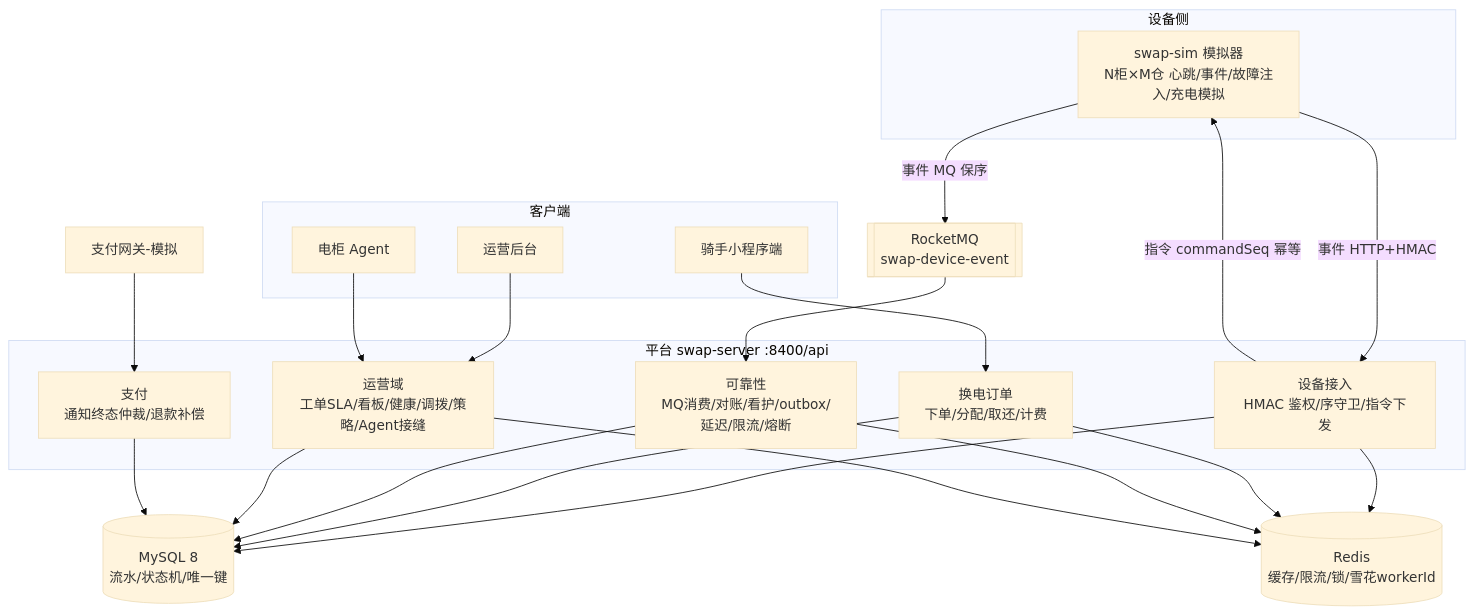
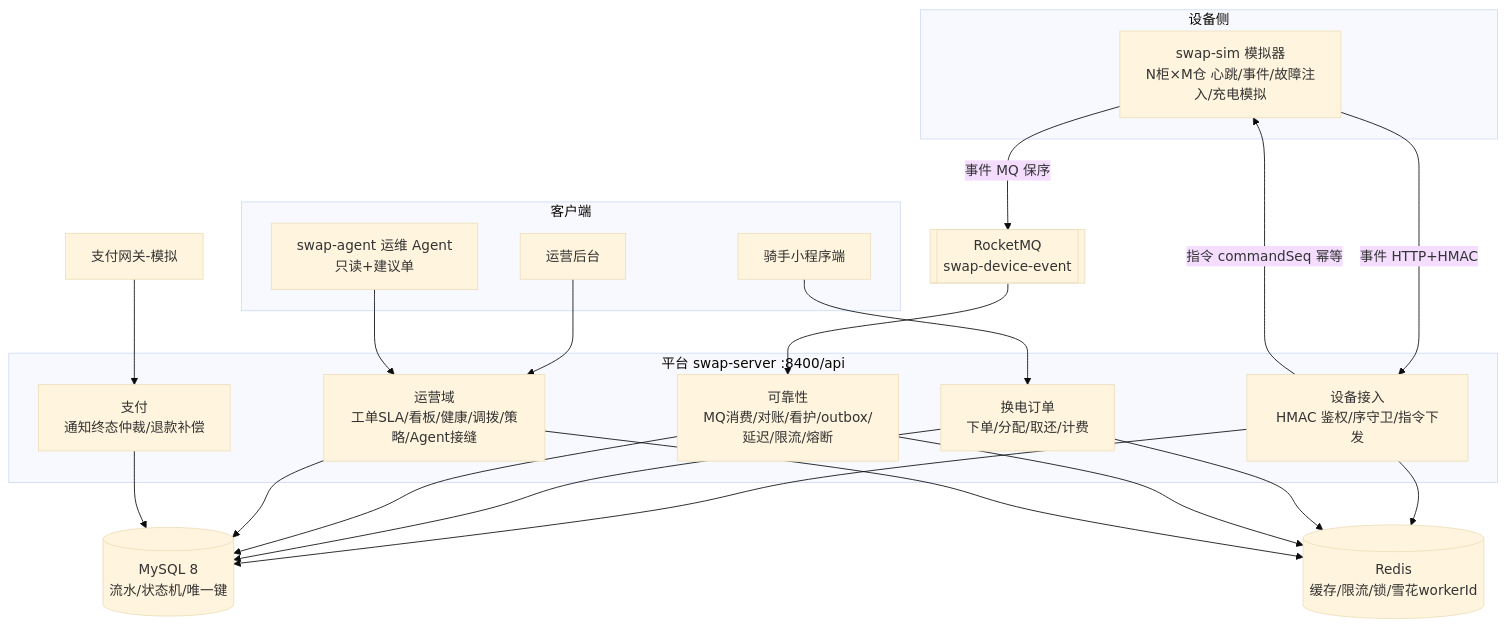
One commit to WhereLee/battery-swap-ops changed the diagram in document/knowledge/architecture.md. Above: the diagram before and after it, drawn with Mermaid (base theme). The commit also changed other lines of this file and 31 other files, not shown here.

Commit message:
feat: S6 运维 Agent 最小版（批次27）：swap-agent 零依赖外部消费者（规则引擎 14 类映射/克制原则 + 评测集 20 题）+ _c31 31/31（建议单幂等→人工确认→工单+审计；反向断言杀 Agent 平台无恙）+ 四模块 CI 覆盖率摘要 + 文档回填；全量 436/436、SpotBugs=0、agent 覆盖率 86.2%

````diff
--- a/document/knowledge/architecture.md
+++ b/document/knowledge/architecture.md
@@ -8,28 +8,28 @@
 ```mermaid
 flowchart TB
     subgraph 客户端
         USER[骑手小程序端]
         ADMIN[运营后台]
-        AGENT[电柜 Agent]
+        AGENT[swap-agent 运维 Agent<br/>只读+建议单]
     end
     subgraph 设备侧
         SIM[swap-sim 模拟器<br/>N柜×M仓 心跳/事件/故障注入/充电模拟]
     end
     subgraph 平台 swap-server :8400/api
         DVC[设备接入<br/>HMAC 鉴权/序守卫/指令下发]
         ORD[换电订单<br/>下单/分配/取还/计费]
         REL[可靠性<br/>MQ消费/对账/看护/outbox/延迟/限流/熔断]
         OPS[运营域<br/>工单SLA/看板/健康/调拨/策略/Agent接缝]
         PAY[支付<br/>通知终态仲裁/退款补偿]
     end
     SIM -->|事件 HTTP+HMAC| DVC
     SIM -->|事件 MQ 保序| MQ
     MQ[[RocketMQ<br/>swap-device-event]] --> REL
     DVC -->|指令 commandSeq 幂等| SIM
     USER --> ORD
     ADMIN --> OPS
     AGENT --> OPS
     PAYGW[支付网关-模拟] --> PAY
     DVC & ORD & REL & OPS & PAY --> DB[(MySQL 8<br/>流水/状态机/唯一键)]
     DVC & ORD & REL & OPS --> RD[(Redis<br/>缓存/限流/锁/雪花workerId)]
 ```
````
